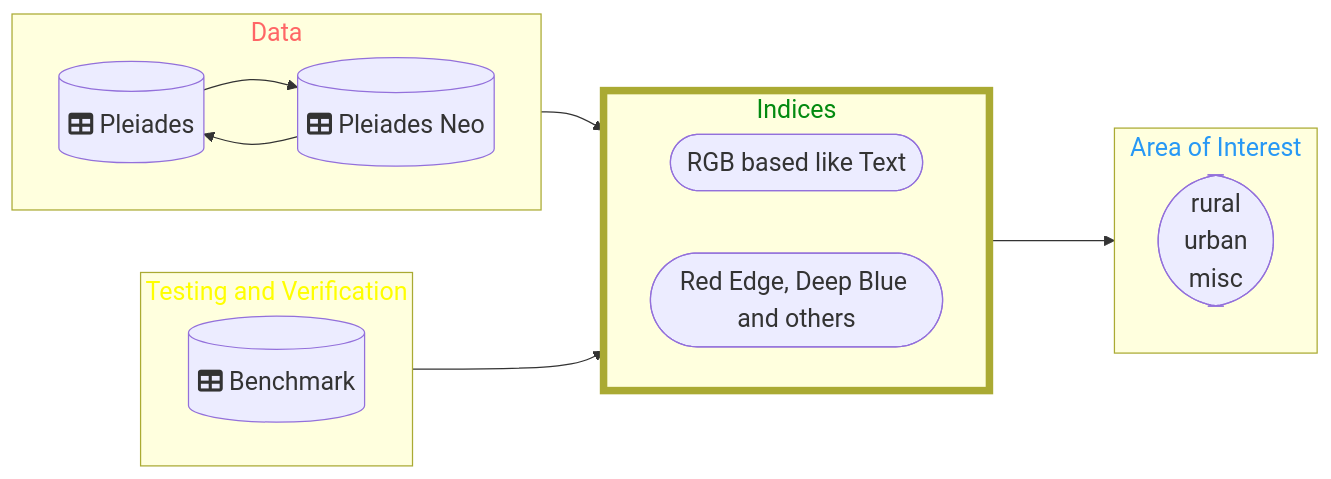
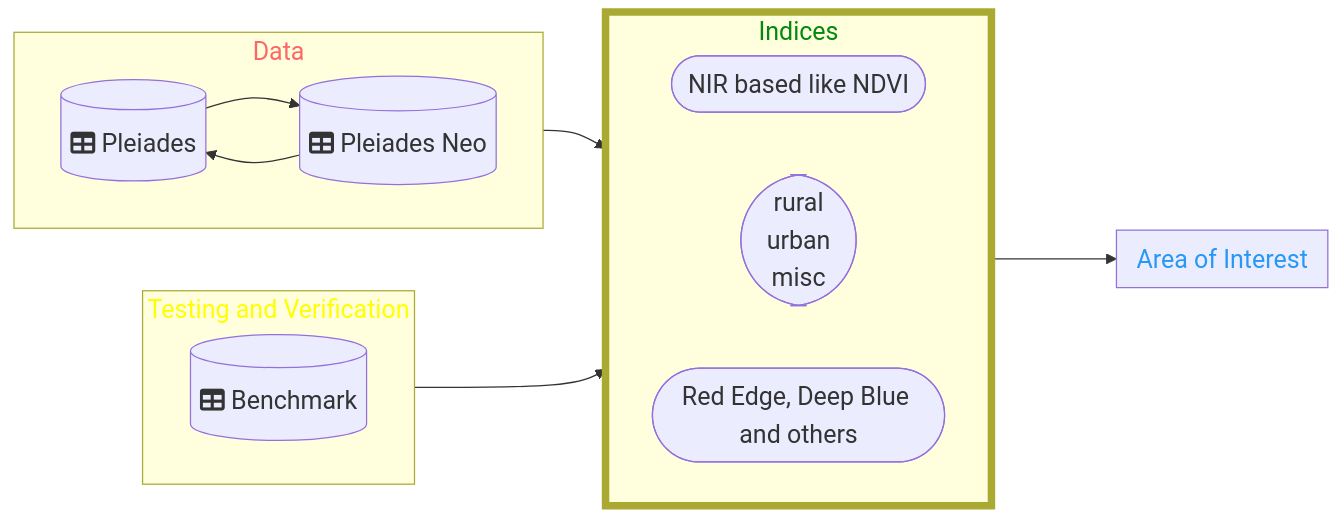
Before and after one commit to DippoldEJ/Feature-Detection-and-Explanation: the diagram in Area-Features/README.md, drawn with Mermaid.

````diff
--- a/Area-Features/README.md
+++ b/Area-Features/README.md
@@ -14,44 +14,44 @@
 ```mermaid
 flowchart LR;
 %%{init: {
 	'themeVariables': { 'fontSize': '20px', 'fontFamily': 'Didot'}
 	}
 }%%
 
  subgraph n[Data]
         direction LR
         h[(fa:fa-table Pleiades)]
         b[(fa:fa-table Pleiades Neo)]
     end
 
  subgraph q[Testing and Verification]
         direction LR
         r[(fa:fa-table Benchmark)]
     end
 
  subgraph o[Indices]
         direction LR
         j([NIR based like NDVI])
-        j([RGB based like Text])
+        a([RGB based like Text])
         m([Red Edge, Deep Blue and others])
     end
 
 subgraph p[Area of Interest]
     a([rural <br /> urban  <br />  misc])
     end
 
 style n color:#f66
 style o stroke-width:6px
 style o color:#028A0F
 style p color:#2798F5
 style q color:#FFFF00
 
 n-->o
 o-->p
 q-->o
 
 
 h-->b
 b-->h
 
 ```
````
